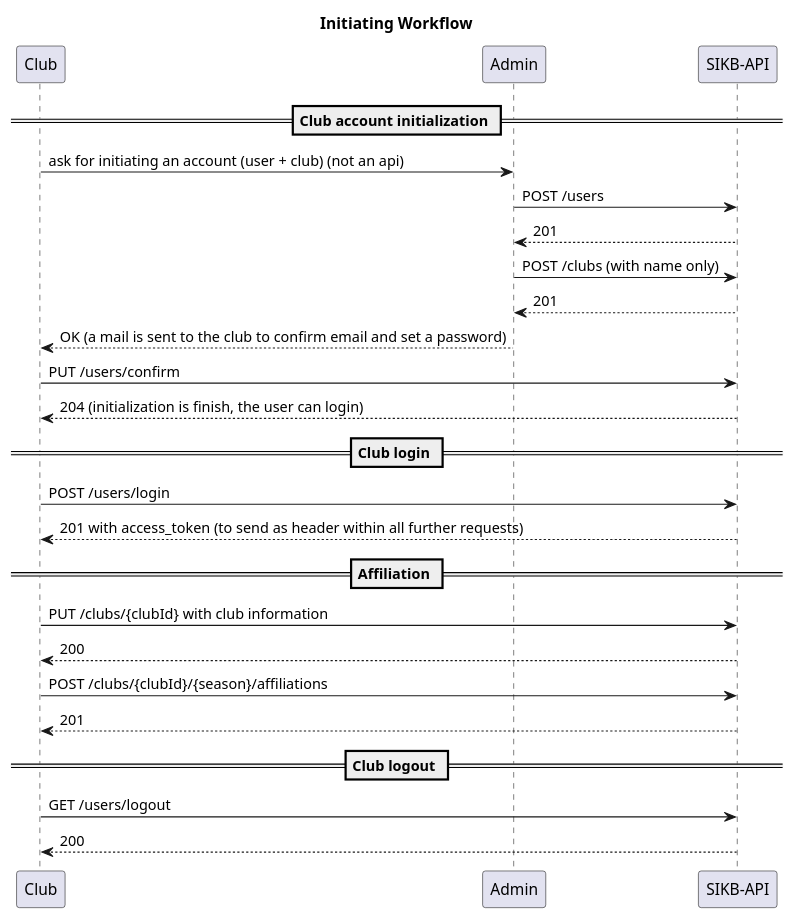
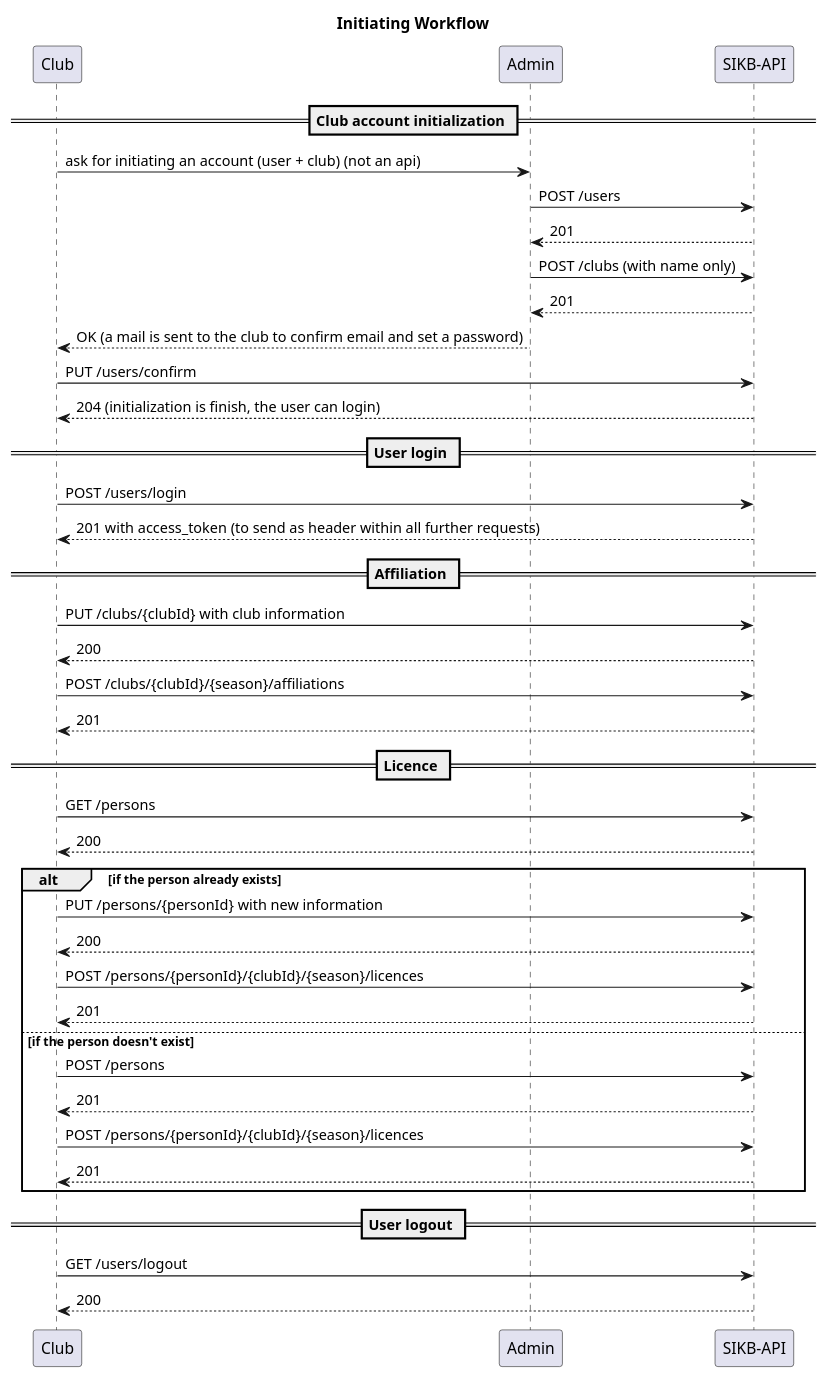
The diagram in doc/schema/worfklows.plantuml (alexeil/sikb-api), drawn with PlantUML before and after one commit. The commit also changed 1 other file, not shown here.

Commit message:
Update schema for Licences

```diff
--- a/doc/schema/worfklows.plantuml
+++ b/doc/schema/worfklows.plantuml
@@ -1,32 +1,49 @@
 @startuml
 title Initiating Workflow
  
 participant "Club" as club
 participant "Admin" as admin
 participant "SIKB-API" as api 
 
 == Club account initialization ==
 club -> admin : ask for initiating an account (user + club) (not an api)
 admin -> api : POST /users
 admin <-- api : 201
 admin -> api : POST /clubs (with name only)
 admin <-- api : 201
 club <-- admin : OK (a mail is sent to the club to confirm email and set a password)
 club -> api : PUT /users/confirm
 club <-- api : 204 (initialization is finish, the user can login)
 
-== Club login ==
+== User login ==
 club -> api : POST /users/login
 club <-- api : 201 with access_token (to send as header within all further requests)
 
 == Affiliation ==
 club -> api : PUT /clubs/{clubId} with club information
 club <-- api : 200
 club -> api : POST /clubs/{clubId}/{season}/affiliations
 club <-- api : 201
 
-== Club logout ==
+== Licence ==
+club -> api : GET /persons
+club <-- api : 200
+
+alt if the person already exists
+  club -> api : PUT /persons/{personId} with new information
+  club <-- api : 200
+  club -> api : POST /persons/{personId}/{clubId}/{season}/licences
+  club <-- api : 201
+
+else if the person doesn't exist
+  club -> api : POST /persons
+  club <-- api : 201
+  club -> api : POST /persons/{personId}/{clubId}/{season}/licences
+  club <-- api : 201
+end 
+
+== User logout ==
 club -> api : GET /users/logout
 club <-- api : 200
 
 @enduml
```
